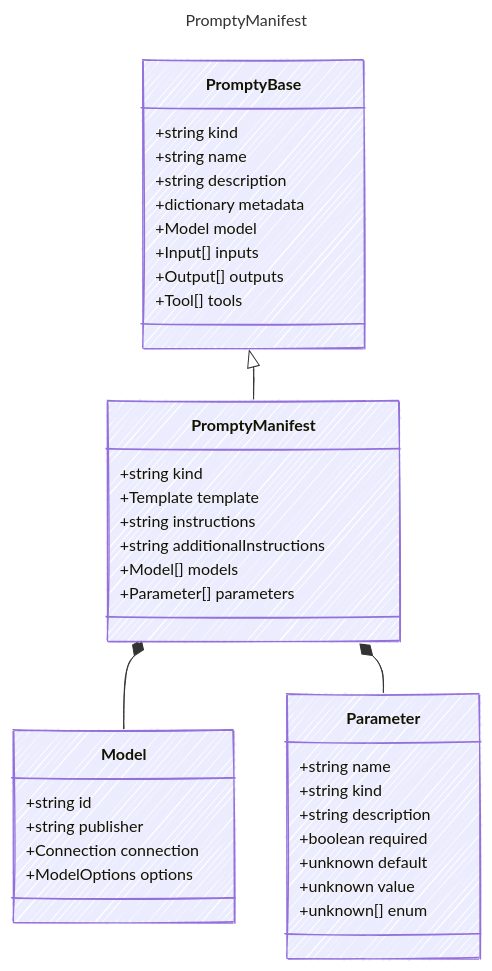
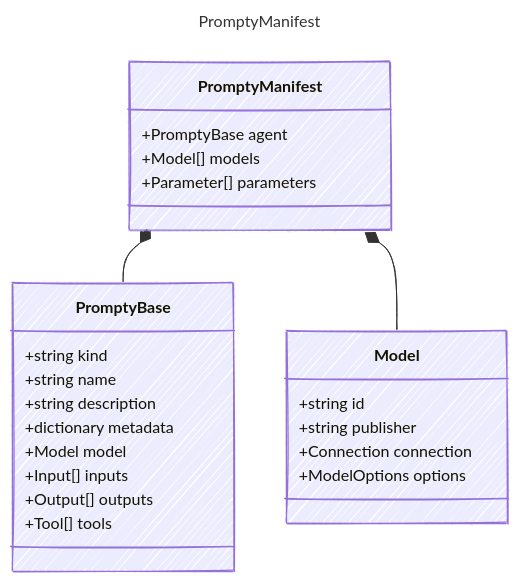
The diagram in specification/prompty/docs/PromptyManifest.md (microsoft/prompty), drawn with Mermaid before and after one commit. The commit also changed other lines of this file and 19 other files, not shown here.

````diff
--- a/specification/prompty/docs/PromptyManifest.md
+++ b/specification/prompty/docs/PromptyManifest.md
@@ -20,48 +20,35 @@
 ```mermaid
 ---
 title: PromptyManifest
 config:
   look: handDrawn
   theme: colorful
   class:
     hideEmptyMembersBox: true
 ---
 classDiagram
+    class PromptyManifest {
+      
+        +PromptyBase agent
+        +Model[] models
+        +Parameter[] parameters
+    }
     class PromptyBase {
         +string kind
         +string name
         +string description
         +dictionary metadata
         +Model model
         +Input[] inputs
         +Output[] outputs
         +Tool[] tools
     }
-    PromptyBase <|-- PromptyManifest
-    class PromptyManifest {
-      
-        +string kind
-        +Template template
-        +string instructions
-        +string additionalInstructions
-        +Model[] models
-        +Parameter[] parameters
-    }
+    PromptyManifest *-- PromptyBase
     class Model {
         +string id
         +string publisher
         +Connection connection
         +ModelOptions options
     }
     PromptyManifest *-- Model
-    class Parameter {
-        +string name
-        +string kind
-        +string description
-        +boolean required
-        +unknown default
-        +unknown value
-        +unknown[] enum
-    }
-    PromptyManifest *-- Parameter
 ```
````
